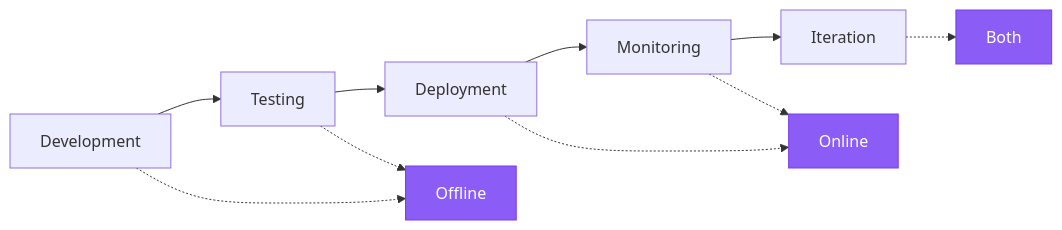
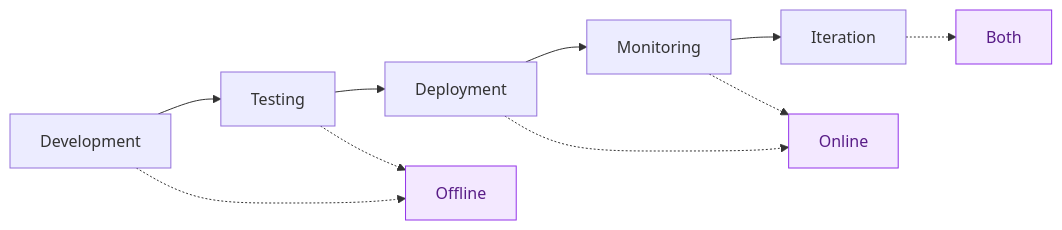
The diagram in langsmith/evaluation-concepts.mdx (kunfan96/cndocs-langchain), drawn with Mermaid before and after one commit. The commit also changed other lines of this file and 2533 other files, not shown here.

````diff
--- a/langsmith/evaluation-concepts.mdx
+++ b/langsmith/evaluation-concepts.mdx
@@ -48,17 +48,17 @@
 ```mermaid
 graph LR
     A[Development] --> B[Testing]
     B --> C[Deployment]
     C --> D[Monitoring]
     D --> E[Iteration]
 
     A -.-> F[Offline]
     B -.-> F
     C -.-> G[Online]
     D -.-> G
     E -.-> H[Both]
 
-    style F fill:#8b5cf6,stroke:#7c3aed,color:#fff
-    style G fill:#8b5cf6,stroke:#7c3aed,color:#fff
-    style H fill:#8b5cf6,stroke:#7c3aed,color:#fff
+    style F fill:#F3E8FF,stroke:#9333EA,color:#581C87
+    style G fill:#F3E8FF,stroke:#9333EA,color:#581C87
+    style H fill:#F3E8FF,stroke:#9333EA,color:#581C87
 ```
````
